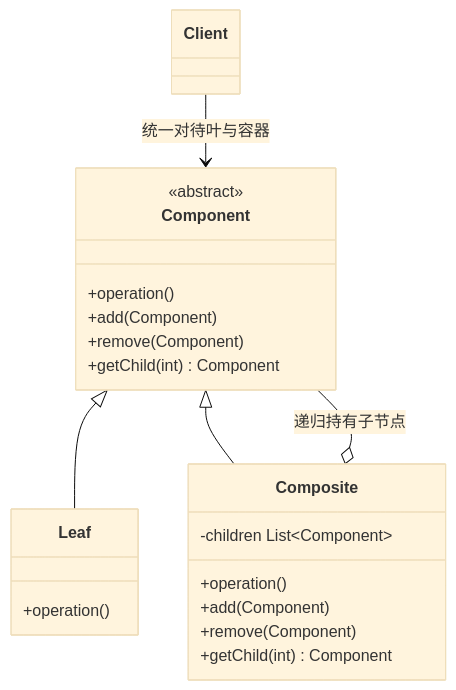
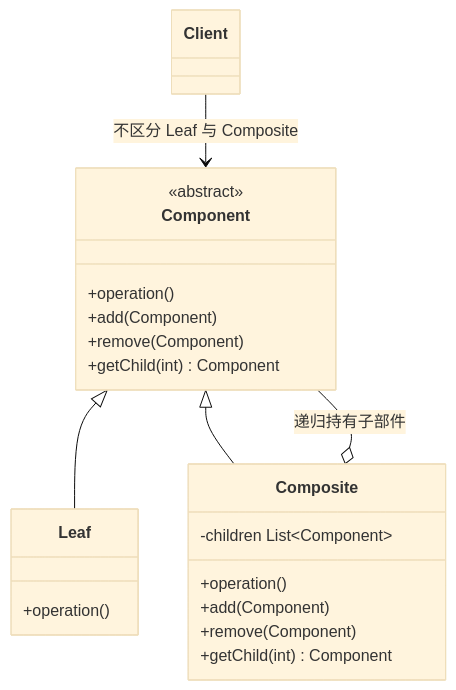
Before and after one commit to coswit/coswit.github.io: the fourth of 8 diagrams in 设计模式/GoF/02-Structural-Patterns.md, drawn with Mermaid (base theme). The commit also changed other lines of this file and 11 other files, not shown here.

````diff
--- a/设计模式/GoF/02-Structural-Patterns.md
+++ b/设计模式/GoF/02-Structural-Patterns.md
@@ -379,25 +446,25 @@
 ```mermaid
 classDiagram
     class Component {
         <<abstract>>
         +operation()
         +add(Component)
         +remove(Component)
         +getChild(int) Component
     }
     class Leaf {
         +operation()
     }
     class Composite {
         -children List~Component~
         +operation()
         +add(Component)
         +remove(Component)
         +getChild(int) Component
     }
     class Client
     Component <|-- Leaf
     Component <|-- Composite
-    Composite o-- Component : 递归持有子节点
-    Client --> Component : 统一对待叶与容器
+    Composite o-- Component : 递归持有子部件
+    Client --> Component : 不区分 Leaf 与 Composite
 ```
````
